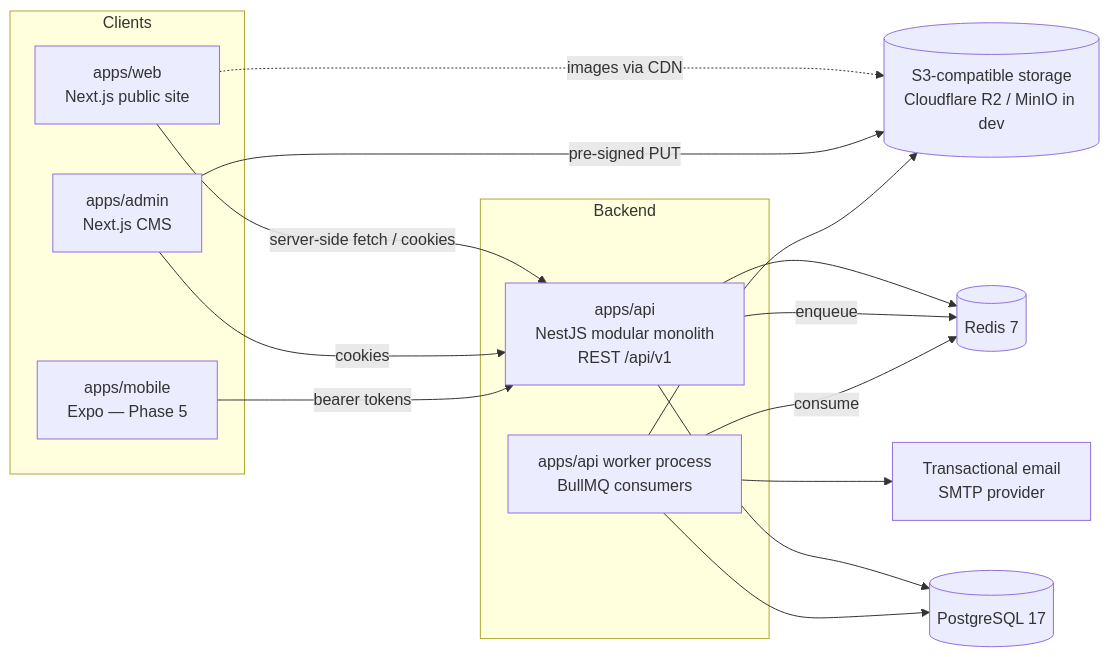
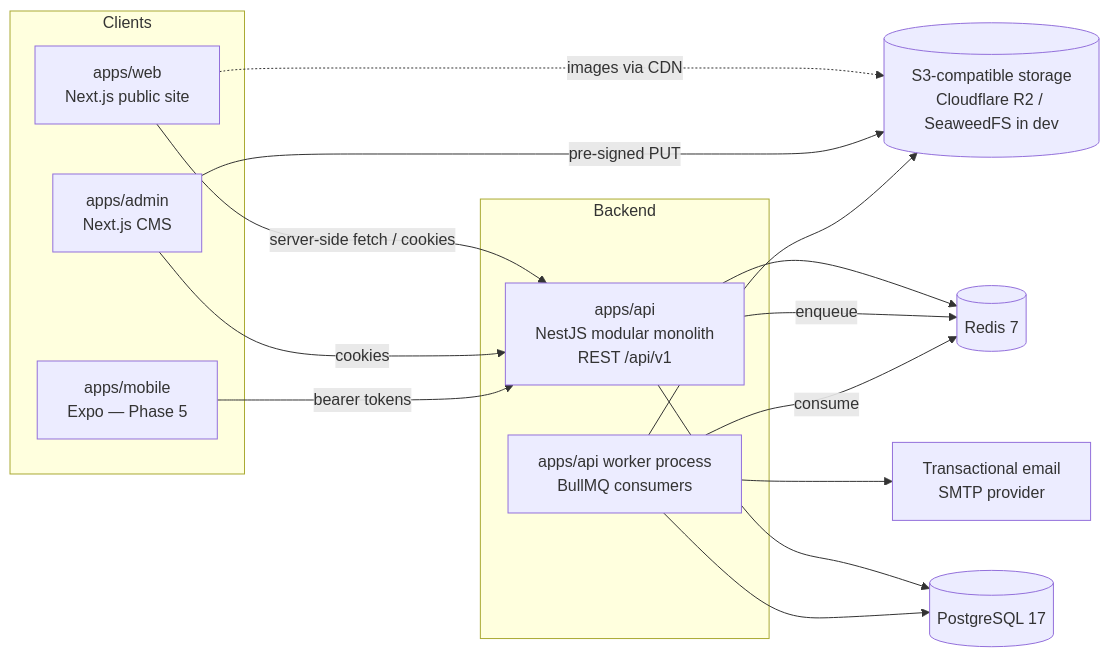
Before and after one commit to JenishSambahamphe24/sambahamphe-digital-heritage: the first of 2 diagrams in docs/architecture/system-design.md, drawn with Mermaid. The commit also changed other lines of this file and 26 other files, not shown here.

````diff
--- a/docs/architecture/system-design.md
+++ b/docs/architecture/system-design.md
@@ -11,31 +11,31 @@
 ```mermaid
 flowchart LR
   subgraph Clients
     WEB[apps/web<br/>Next.js public site]
     ADM[apps/admin<br/>Next.js CMS]
     MOB[apps/mobile<br/>Expo — Phase 5]
   end
 
   subgraph Backend
     API[apps/api<br/>NestJS modular monolith<br/>REST /api/v1]
     WRK[apps/api worker process<br/>BullMQ consumers]
   end
 
   PG[(PostgreSQL 17)]
   RD[(Redis 7)]
-  S3[(S3-compatible storage<br/>Cloudflare R2 / MinIO in dev)]
+  S3[(S3-compatible storage<br/>Cloudflare R2 / SeaweedFS in dev)]
   MAIL[Transactional email<br/>SMTP provider]
 
   WEB -- server-side fetch / cookies --> API
   ADM -- cookies --> API
   MOB -- bearer tokens --> API
   WEB -. images via CDN .-> S3
   ADM -- pre-signed PUT --> S3
   API --> PG
   API --> RD
   API -- enqueue --> RD
   WRK -- consume --> RD
   WRK --> PG
   WRK --> S3
   WRK --> MAIL
 ```
````
